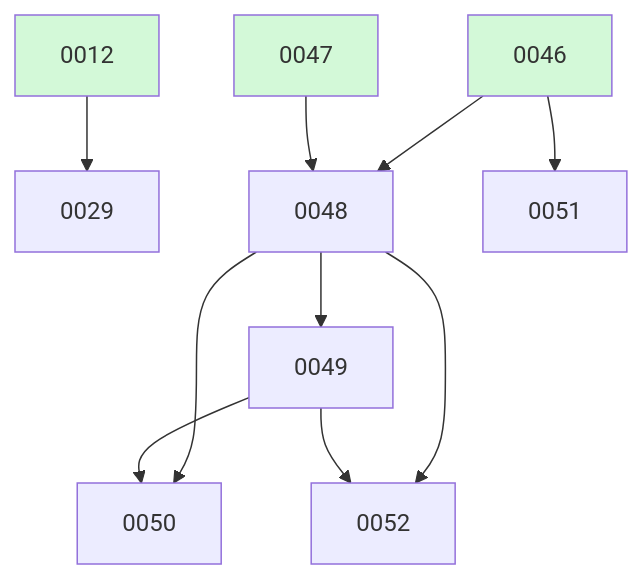
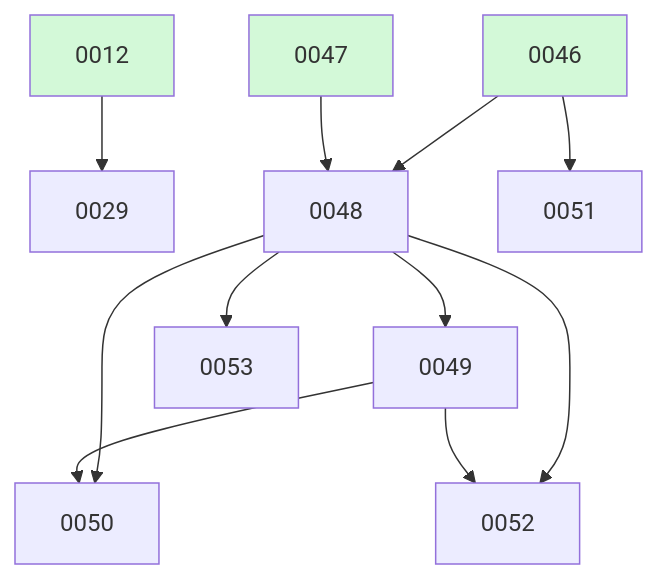
The diagram in docs/changes/BOARD.md (ethanhinson/fuse), drawn with Mermaid before and after one commit. The commit also changed other lines of this file and 3 other files, not shown here.

````diff
--- a/docs/changes/BOARD.md
+++ b/docs/changes/BOARD.md
@@ -26,16 +27,17 @@
 ```mermaid
 graph TD
   0012 --> 0029
   0046 --> 0048
   0047 --> 0048
   0048 --> 0049
   0048 --> 0050
   0049 --> 0050
   0046 --> 0051
   0048 --> 0052
   0049 --> 0052
+  0048 --> 0053
   0012:::done
   0046:::done
   0047:::done
   classDef done fill:#d3f9d8;
 ```
````
